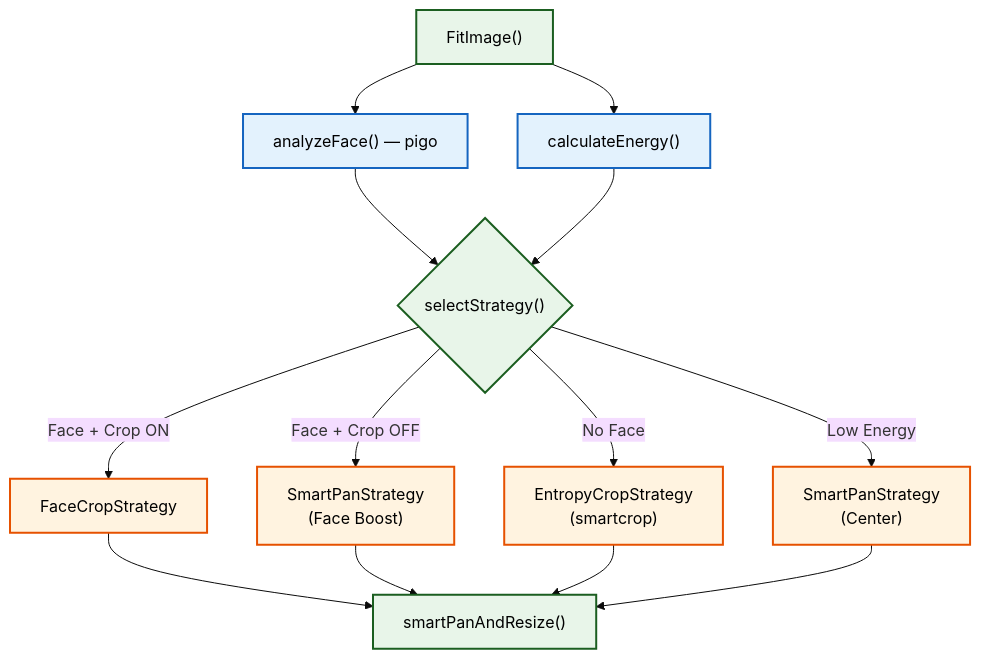
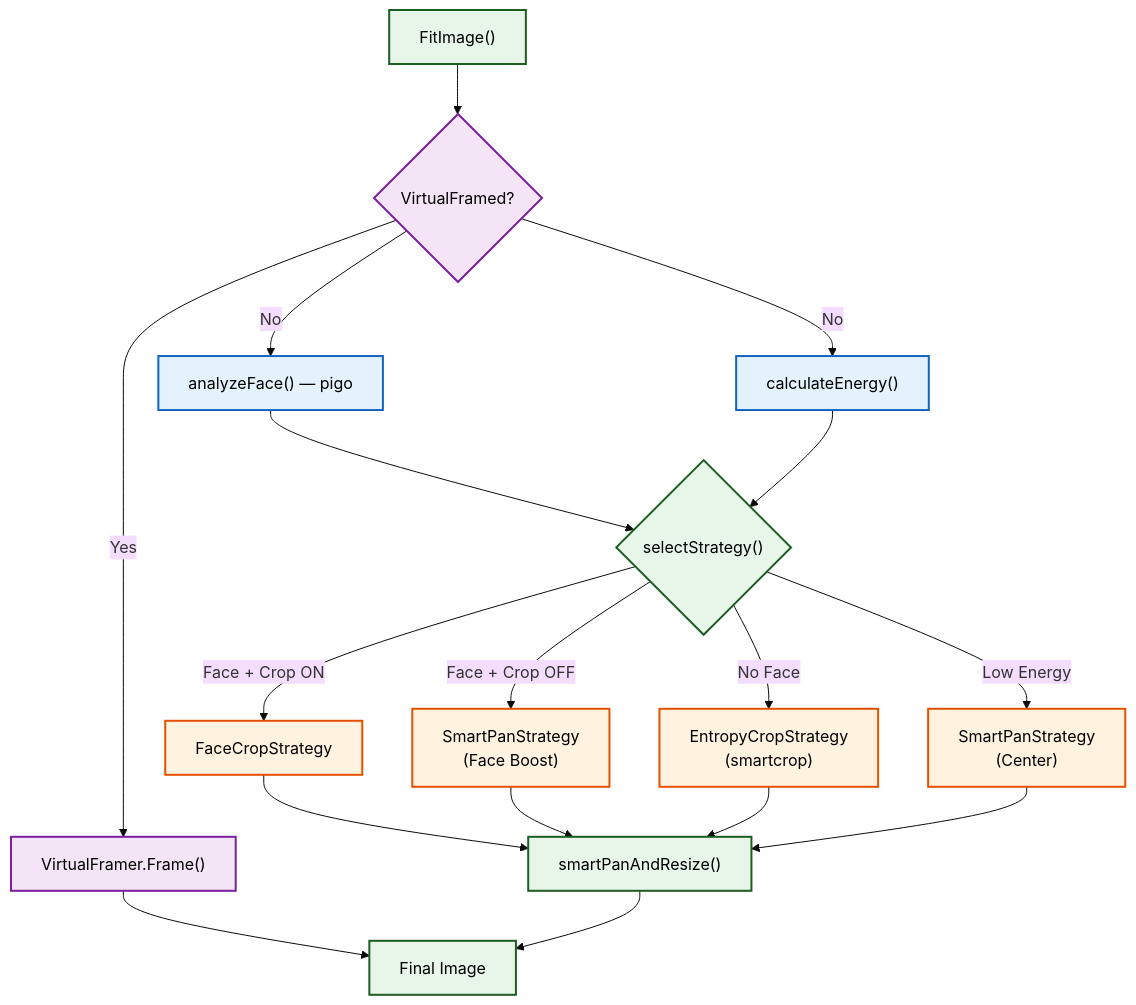
The seventh of 8 diagrams in docs/architecture.md (dixieflatline76/Spice), drawn with Mermaid (base theme) before and after one commit. The commit also changed other lines of this file and 151 other files, not shown here.

````diff
--- a/docs/architecture.md
+++ b/docs/architecture.md
@@ -262,19 +281,24 @@
 ```mermaid
 graph TD
     classDef analysis fill:#e3f2fd,stroke:#1565c0,stroke-width:2px,color:#000;
     classDef strategy fill:#fff3e0,stroke:#e65100,stroke-width:2px,color:#000;
     classDef core fill:#e8f5e9,stroke:#1b5e20,stroke-width:2px,color:#000;
+    classDef frame fill:#f3e5f5,stroke:#7b1fa2,stroke-width:2px,color:#000;
 
-    A["FitImage()"]:::core --> B["analyzeFace() — pigo"]:::analysis
-    A --> C["calculateEnergy()"]:::analysis
+    A["FitImage()"]:::core --> VF{"VirtualFramed?"}:::frame
+    VF -->|"Yes"| VFF["VirtualFramer.Frame()"]:::frame
+    VF -->|"No"| B["analyzeFace() — pigo"]:::analysis
+    VF -->|"No"| C["calculateEnergy()"]:::analysis
     B --> D{"selectStrategy()"}:::core
     C --> D
     D -->|"Face + Crop ON"| E["FaceCropStrategy"]:::strategy
     D -->|"Face + Crop OFF"| F["SmartPanStrategy<br/>(Face Boost)"]:::strategy
     D -->|"No Face"| G["EntropyCropStrategy<br/>(smartcrop)"]:::strategy
     D -->|"Low Energy"| H["SmartPanStrategy<br/>(Center)"]:::strategy
     E --> I["smartPanAndResize()"]:::core
     F --> I
     G --> I
     H --> I
+    VFF --> Out["Final Image"]:::core
+    I --> Out
 ```
````
